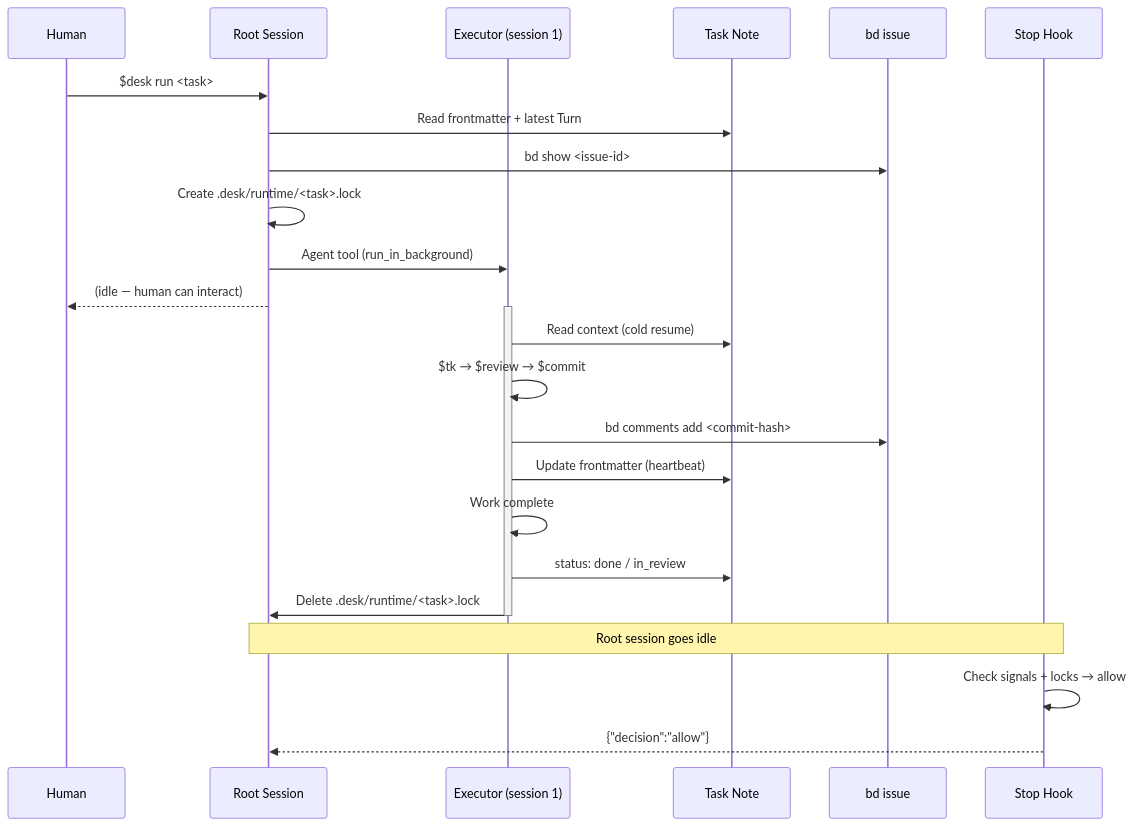
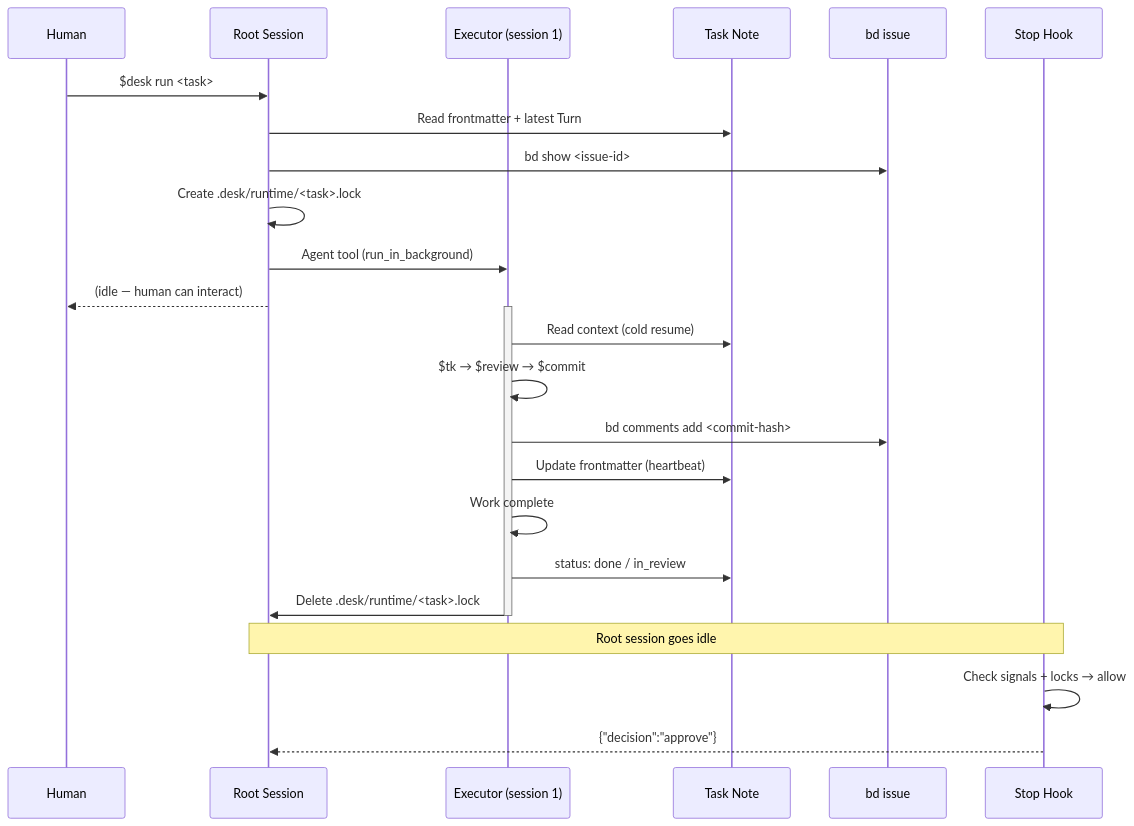
The first of 6 diagrams in codex/skills/desk/references/sequence-diagrams.md (hrfmmr/dotfiles), drawn with Mermaid before and after one commit. The commit also changed other lines of this file and 2 other files, not shown here.

Commit message:
fix(desk): use "approve" instead of "allow" in Stop hook decision field
Claude Code Stop hook schema requires "approve"|"block" for the
decision field. "allow" is only valid for permissionDecision.

````diff
--- a/codex/skills/desk/references/sequence-diagrams.md
+++ b/codex/skills/desk/references/sequence-diagrams.md
@@ -5,30 +5,30 @@
 ```mermaid
 sequenceDiagram
     participant H as Human
     participant R as Root Session
     participant E1 as Executor (session 1)
     participant TN as Task Note
     participant BD as bd issue
     participant Hook as Stop Hook
 
     H->>R: $desk run <task>
     R->>TN: Read frontmatter + latest Turn
     R->>BD: bd show <issue-id>
     R->>R: Create .desk/runtime/<task>.lock
     R->>E1: Agent tool (run_in_background)
     R-->>H: (idle — human can interact)
 
     activate E1
     E1->>TN: Read context (cold resume)
     E1->>E1: $tk → $review → $commit
     E1->>BD: bd comments add <commit-hash>
     E1->>TN: Update frontmatter (heartbeat)
     E1->>E1: Work complete
     E1->>TN: status: done / in_review
     E1->>R: Delete .desk/runtime/<task>.lock
     deactivate E1
 
     Note over R,Hook: Root session goes idle
     Hook->>Hook: Check signals + locks → allow
-    Hook-->>R: {"decision":"allow"}
+    Hook-->>R: {"decision":"approve"}
 ```
````
